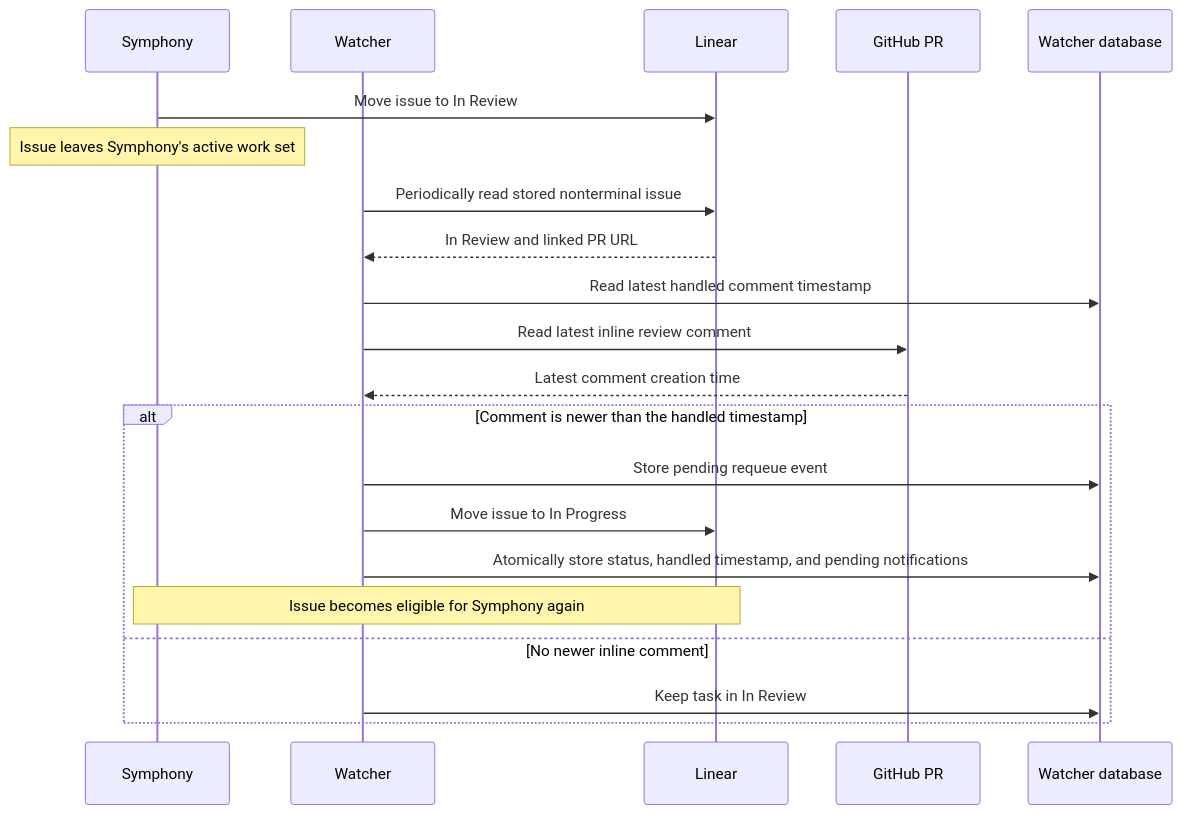
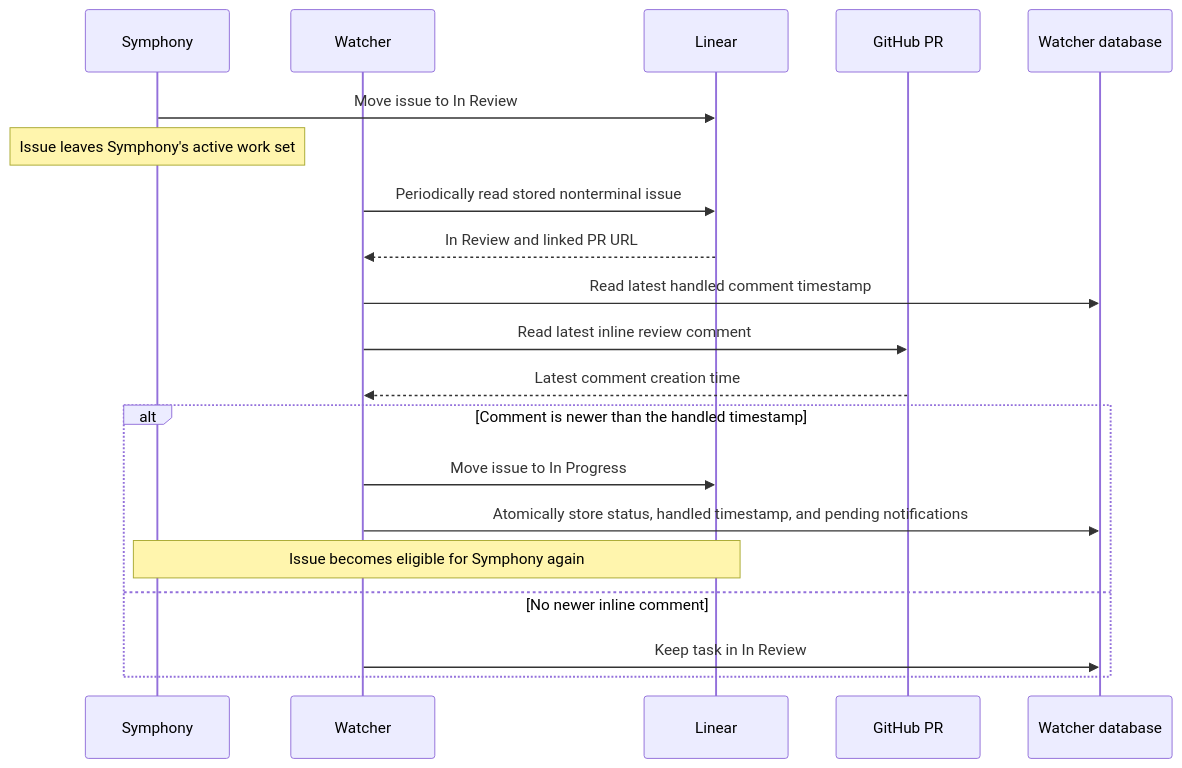
One commit to hiroppy/orchestrators changed the second of 2 diagrams in docs/architecture.md. Above: the diagram before and after it, drawn with Mermaid. The commit also changed other lines of this file and 6 other files, not shown here.

````diff
--- a/docs/architecture.md
+++ b/docs/architecture.md
@@ -99,24 +99,23 @@
 ```mermaid
 sequenceDiagram
   participant S as Symphony
   participant W as Watcher
   participant L as Linear
   participant G as GitHub PR
   participant DB as Watcher database
 
   S->>L: Move issue to In Review
   Note over S: Issue leaves Symphony's active work set
   W->>L: Periodically read stored nonterminal issue
   L-->>W: In Review and linked PR URL
   W->>DB: Read latest handled comment timestamp
   W->>G: Read latest inline review comment
   G-->>W: Latest comment creation time
   alt Comment is newer than the handled timestamp
-    W->>DB: Store pending requeue event
     W->>L: Move issue to In Progress
     W->>DB: Atomically store status, handled timestamp, and pending notifications
     Note over S,L: Issue becomes eligible for Symphony again
   else No newer inline comment
     W->>DB: Keep task in In Review
   end
 ```
````
